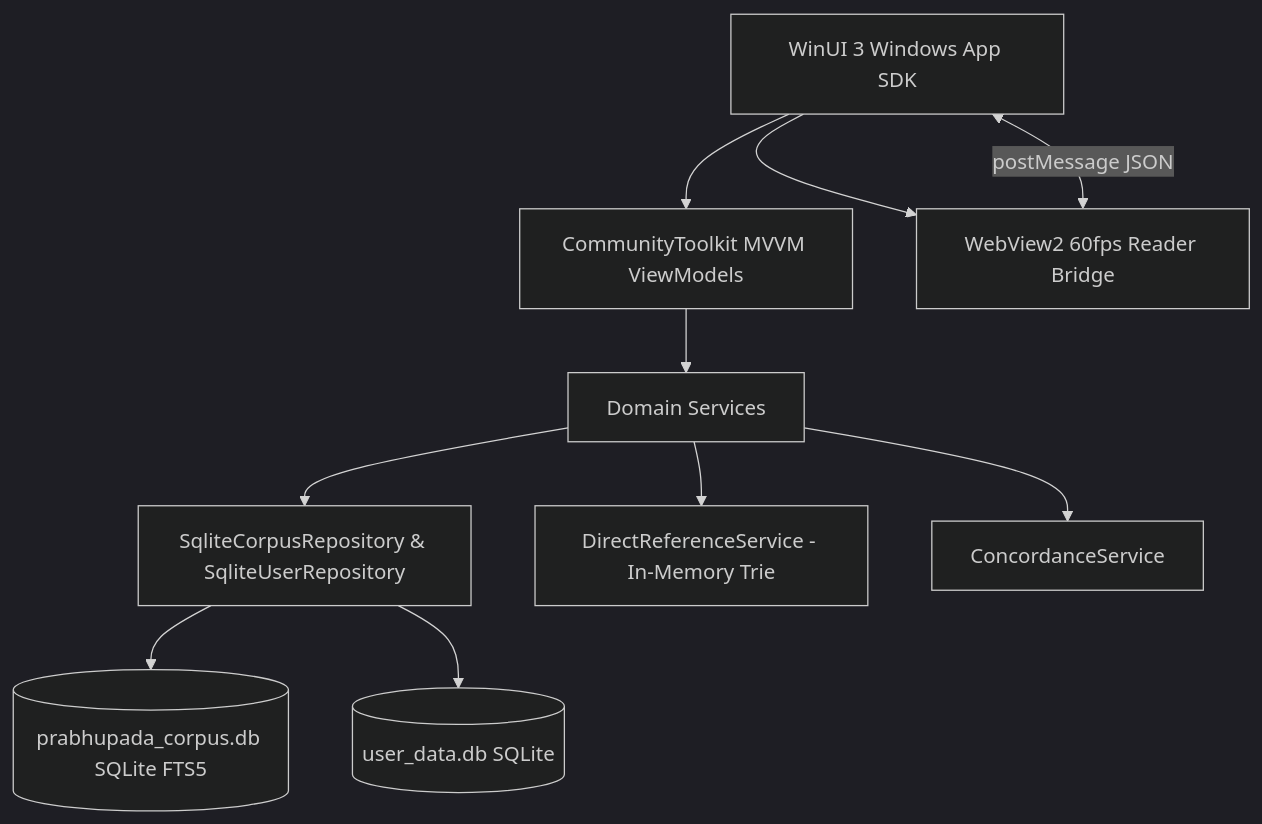
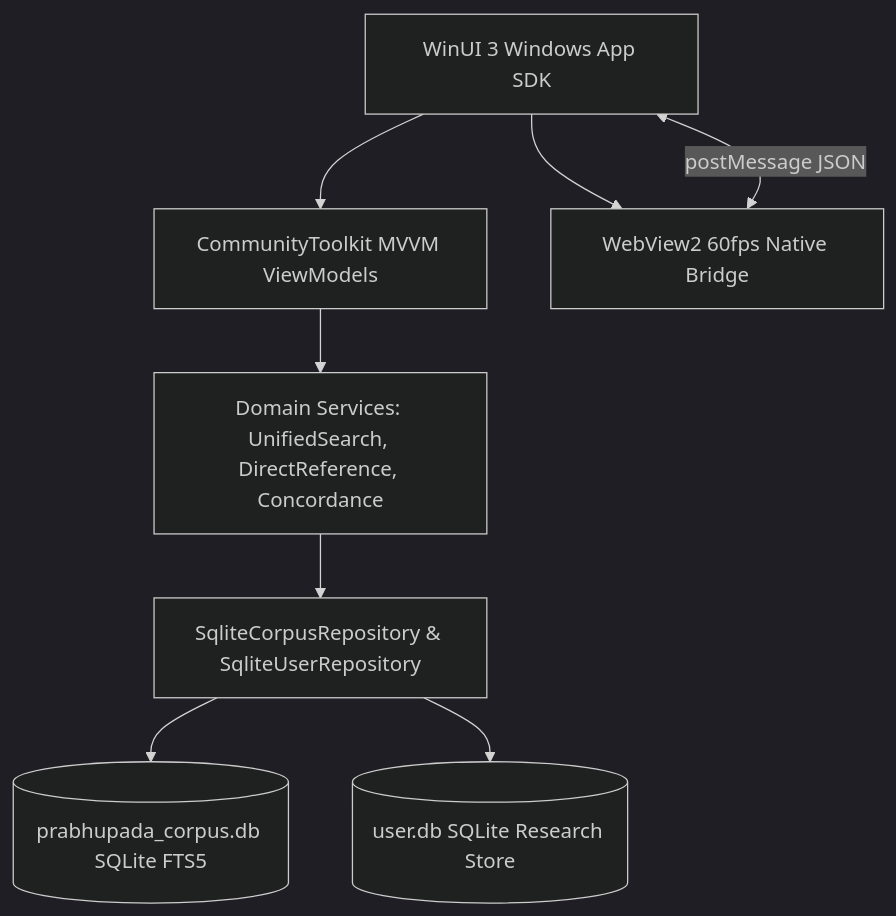
One commit to itzabhinav01/prabhupada-connect changed the diagram in README.md. Above: the diagram before and after it, drawn with Mermaid (dark theme). The commit also changed other lines of this file and 8 other files, not shown here.

````diff
--- a/README.md
+++ b/README.md
@@ -72,12 +198,10 @@
 ```mermaid
 graph TD
     UI[WinUI 3 Windows App SDK] --> VM[CommunityToolkit MVVM ViewModels]
-    VM --> Services[Domain Services]
+    VM --> Services[Domain Services: UnifiedSearch, DirectReference, Concordance]
     Services --> Core[SqliteCorpusRepository & SqliteUserRepository]
-    Services --> Ref[DirectReferenceService - In-Memory Trie]
-    Services --> Conc[ConcordanceService]
-    Core --> DB[(prabhupada_corpus.db SQLite FTS5)]
-    Core --> UserDB[(user_data.db SQLite)]
-    UI --> Reader[WebView2 60fps Reader Bridge]
+    Core --> CorpusDB[(prabhupada_corpus.db SQLite FTS5)]
+    Core --> UserDB[(user.db SQLite Research Store)]
+    UI --> Reader[WebView2 60fps Native Bridge]
     Reader <--> |postMessage JSON| UI
 ```
````
